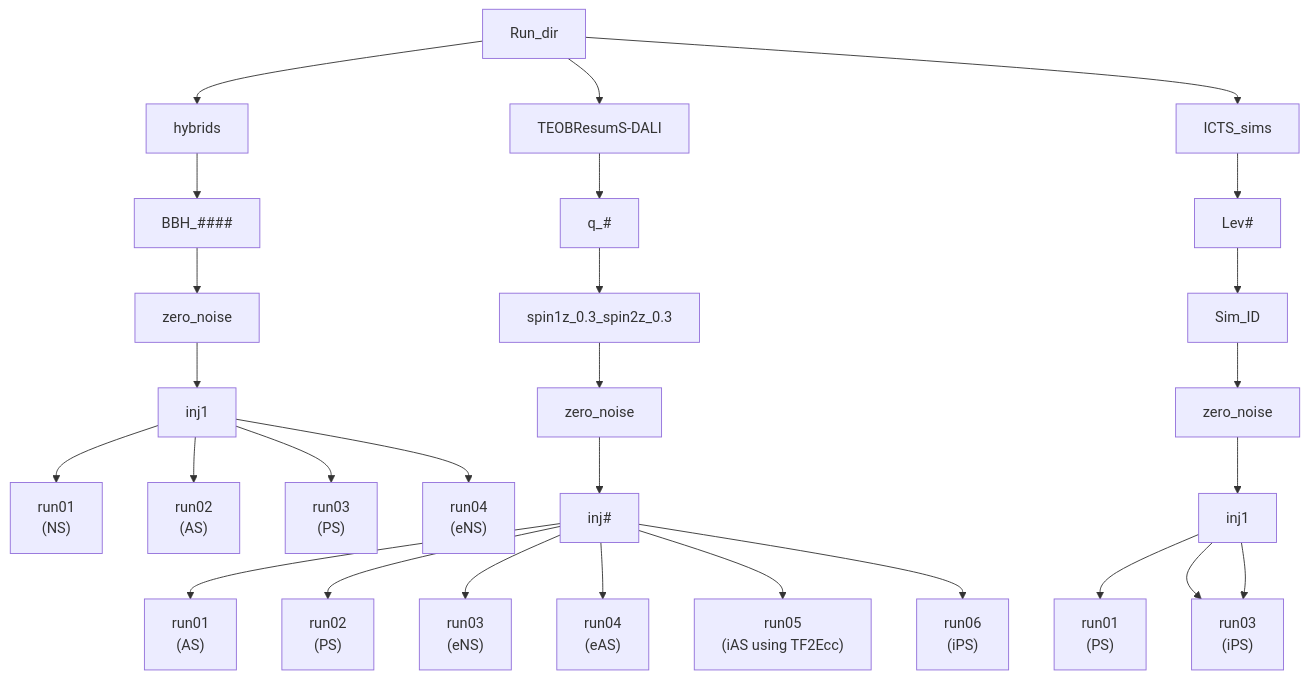
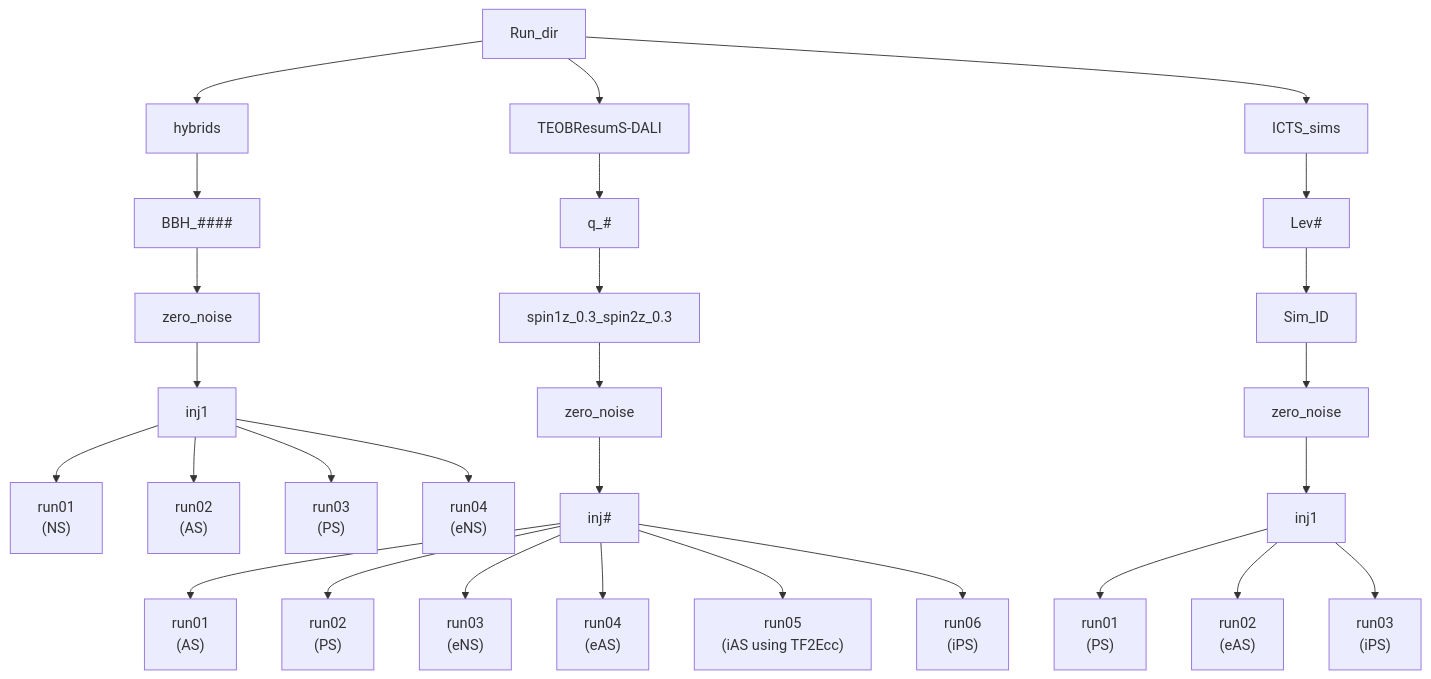
The diagram in README.md (divyajyoti09/eccentric_pe), drawn with Mermaid before and after one commit.

````diff
--- a/README.md
+++ b/README.md
@@ -18,22 +18,22 @@
 ```mermaid
 graph TD;
   Run_dir-->hybrids;
   Run_dir-->TEOBResumS-DALI;
   Run_dir-->ICTS_sims;
   hybrids-->BBH_####-->Hz[zero_noise]-->Hi[inj1]-->Hr1["run01 <br/> (NS)"]
   Hi[inj1]-->Hr2["run02 <br/> (AS)"];
   Hi[inj1]-->Hr3["run03 <br/> (PS)"];
   Hi[inj1]-->Hr4["run04 <br/> (eNS)"];
 
   ICTS_sims-->Lev#-->Sim_ID-->Iz[zero_noise]-->Ii[inj1]-->Ir1["run01 <br/> (PS)"]
   Ii[inj1]-->Ir2["run02 <br/> (eAS)"]
-  Ii[inj1]-->Ir2["run03 <br/> (iPS)"]
+  Ii[inj1]-->Ir3["run03 <br/> (iPS)"]
 
   TEOBResumS-DALI-->q_#-->spin1z_0.3_spin2z_0.3-->Tz[zero_noise]-->Ti[inj#]
   Ti[inj#]-->Tr1["run01 <br/> (AS)"]
   Ti[inj#]-->Tr2["run02 <br/> (PS)"]
   Ti[inj#]-->Tr3["run03 <br/> (eNS)"]
   Ti[inj#]-->Tr4["run04 <br/> (eAS)"]
   Ti[inj#]-->Tr5["run05 <br/> (iAS using TF2Ecc)"]
   Ti[inj#]-->Tr6["run06 <br/> (iPS)"]
 ```
````
